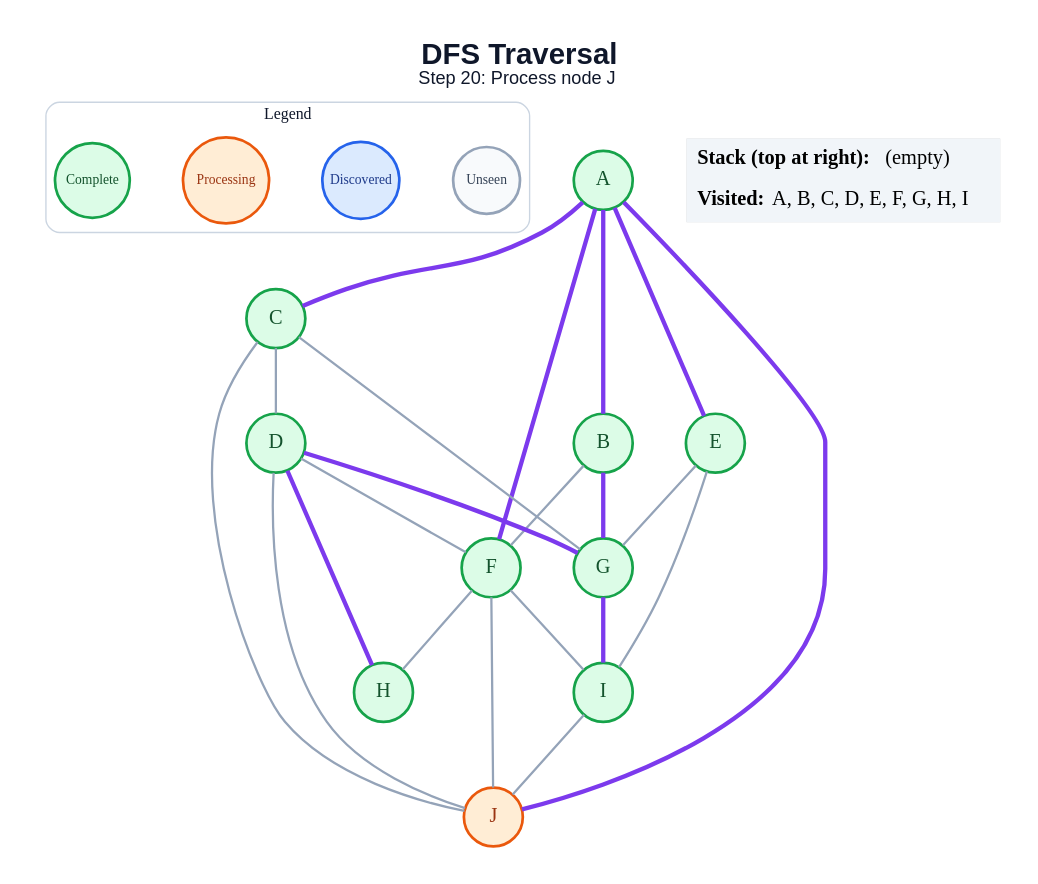
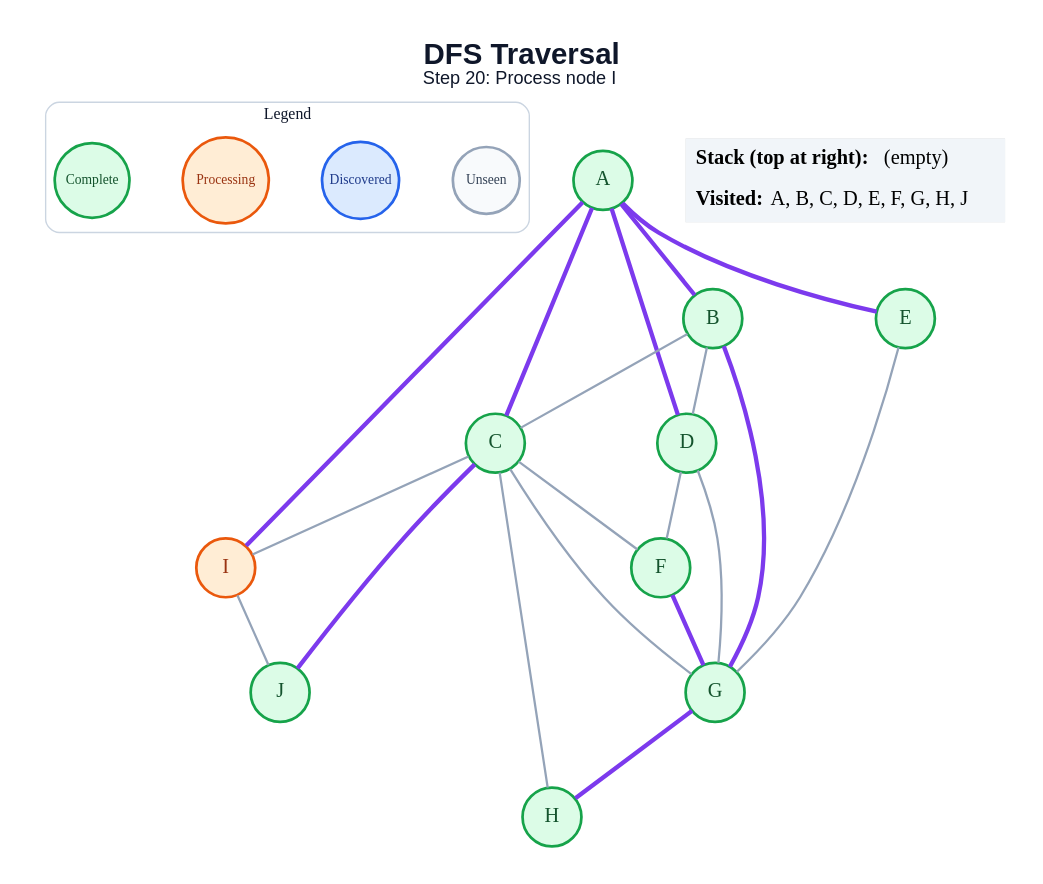
The diagram in generated/dfs/step_20.dot (anon7238593-create/ai-slop), drawn with Graphviz before and after one commit. The commit also changed 171 other files, not shown here.

```diff
--- a/generated/dfs/step_20.dot
+++ b/generated/dfs/step_20.dot
@@ -1,50 +1,48 @@
 graph traversal {
   graph [layout=dot, rankdir=TB, bgcolor="#FFFFFF", pad="0.35", nodesep="0.65", ranksep="0.8", fontname="Arial"];
   node [shape=circle, style="filled", fontname="Arial Bold", fontsize=18, width=0.72, fixedsize=true, penwidth=2.4];
   edge [color="#94A3B8", penwidth=2.0];
-  label=<<B>DFS Traversal</B><BR/><FONT POINT-SIZE="16">Step 20: Process node J</FONT>>; labelloc="t"; fontsize=26; fontname="Arial"; fontcolor="#0F172A";
+  label=<<B>DFS Traversal</B><BR/><FONT POINT-SIZE="16">Step 20: Process node I</FONT>>; labelloc="t"; fontsize=26; fontname="Arial"; fontcolor="#0F172A";
   subgraph cluster_legend { label="Legend"; color="#CBD5E1"; penwidth=1.2; style="rounded"; fontsize=14; fontname="Arial Bold";
     key_unseen [label="Unseen", fillcolor="#F8FAFC", color="#94A3B8", fontcolor="#334155", fontsize=12, width=0.82];
     key_frontier [label="Discovered", fillcolor="#DBEAFE", color="#2563EB", fontcolor="#1E3A8A", fontsize=12, width=0.95];
     key_current [label="Processing", fillcolor="#FFEDD5", color="#EA580C", fontcolor="#9A3412", fontsize=12, width=1.05];
     key_done [label="Complete", fillcolor="#DCFCE7", color="#16A34A", fontcolor="#14532D", fontsize=12, width=0.92];
     { rank=same; key_unseen; key_frontier; key_current; key_done; }
   }
   A [fillcolor="#DCFCE7", color="#16A34A", fontcolor="#14532D"];
   B [fillcolor="#DCFCE7", color="#16A34A", fontcolor="#14532D"];
   C [fillcolor="#DCFCE7", color="#16A34A", fontcolor="#14532D"];
   D [fillcolor="#DCFCE7", color="#16A34A", fontcolor="#14532D"];
   E [fillcolor="#DCFCE7", color="#16A34A", fontcolor="#14532D"];
   F [fillcolor="#DCFCE7", color="#16A34A", fontcolor="#14532D"];
   G [fillcolor="#DCFCE7", color="#16A34A", fontcolor="#14532D"];
   H [fillcolor="#DCFCE7", color="#16A34A", fontcolor="#14532D"];
-  I [fillcolor="#DCFCE7", color="#16A34A", fontcolor="#14532D"];
-  J [fillcolor="#FFEDD5", color="#EA580C", fontcolor="#9A3412"];
+  I [fillcolor="#FFEDD5", color="#EA580C", fontcolor="#9A3412"];
+  J [fillcolor="#DCFCE7", color="#16A34A", fontcolor="#14532D"];
   A -- B [color="#7C3AED", penwidth=3.8];
   A -- C [color="#7C3AED", penwidth=3.8];
+  A -- D [color="#7C3AED", penwidth=3.8];
   A -- E [color="#7C3AED", penwidth=3.8];
-  A -- F [color="#7C3AED", penwidth=3.8];
-  A -- J [color="#7C3AED", penwidth=3.8];
-  B -- F;
+  A -- I [color="#7C3AED", penwidth=3.8];
+  B -- C;
+  B -- D;
   B -- G [color="#7C3AED", penwidth=3.8];
-  C -- D;
+  C -- F;
   C -- G;
-  C -- J;
+  C -- H;
+  C -- I;
+  C -- J [color="#7C3AED", penwidth=3.8];
   D -- F;
-  D -- G [color="#7C3AED", penwidth=3.8];
-  D -- H [color="#7C3AED", penwidth=3.8];
-  D -- J;
+  D -- G;
   E -- G;
-  E -- I;
-  F -- H;
-  F -- I;
-  F -- J;
-  G -- I [color="#7C3AED", penwidth=3.8];
+  F -- G [color="#7C3AED", penwidth=3.8];
+  G -- H [color="#7C3AED", penwidth=3.8];
   I -- J;
   status [shape=plain, fixedsize=false, width=0, height=0, margin=0, label=<
     <TABLE BORDER="0" CELLBORDER="0" CELLPADDING="7" BGCOLOR="#F1F5F9">
       <TR><TD ALIGN="LEFT"><B>Stack (top at right):</B> (empty)</TD></TR>
-      <TR><TD ALIGN="LEFT"><B>Visited:</B> A, B, C, D, E, F, G, H, I</TD></TR>
+      <TR><TD ALIGN="LEFT"><B>Visited:</B> A, B, C, D, E, F, G, H, J</TD></TR>
     </TABLE>
   >];
 }
```
